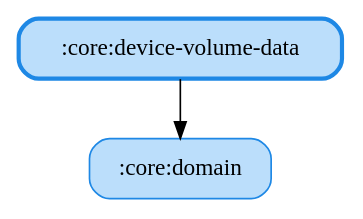
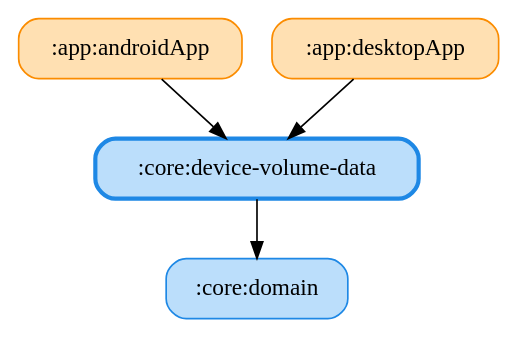
The diagram in docs/graphs/core-device-volume-data.gv (ai-kurou/KoDriver), drawn with Graphviz before and after one commit. The commit also changed 7 other files, not shown here.

Commit message:
chore: update module graph images

```diff
--- a/docs/graphs/core-device-volume-data.gv
+++ b/docs/graphs/core-device-volume-data.gv
@@ -1,7 +1,11 @@
 digraph G {
   rankdir=TB
   node [shape=box, style="rounded,filled"]
+  ":app:androidApp" [fillcolor="#FFE0B2", color="#FB8C00", penwidth=1]
+  ":app:desktopApp" [fillcolor="#FFE0B2", color="#FB8C00", penwidth=1]
   ":core:device-volume-data" [fillcolor="#BBDEFB", color="#1E88E5", penwidth=2.5]
   ":core:domain" [fillcolor="#BBDEFB", color="#1E88E5", penwidth=1]
+  ":app:androidApp" -> ":core:device-volume-data"
+  ":app:desktopApp" -> ":core:device-volume-data"
   ":core:device-volume-data" -> ":core:domain"
 }
```
